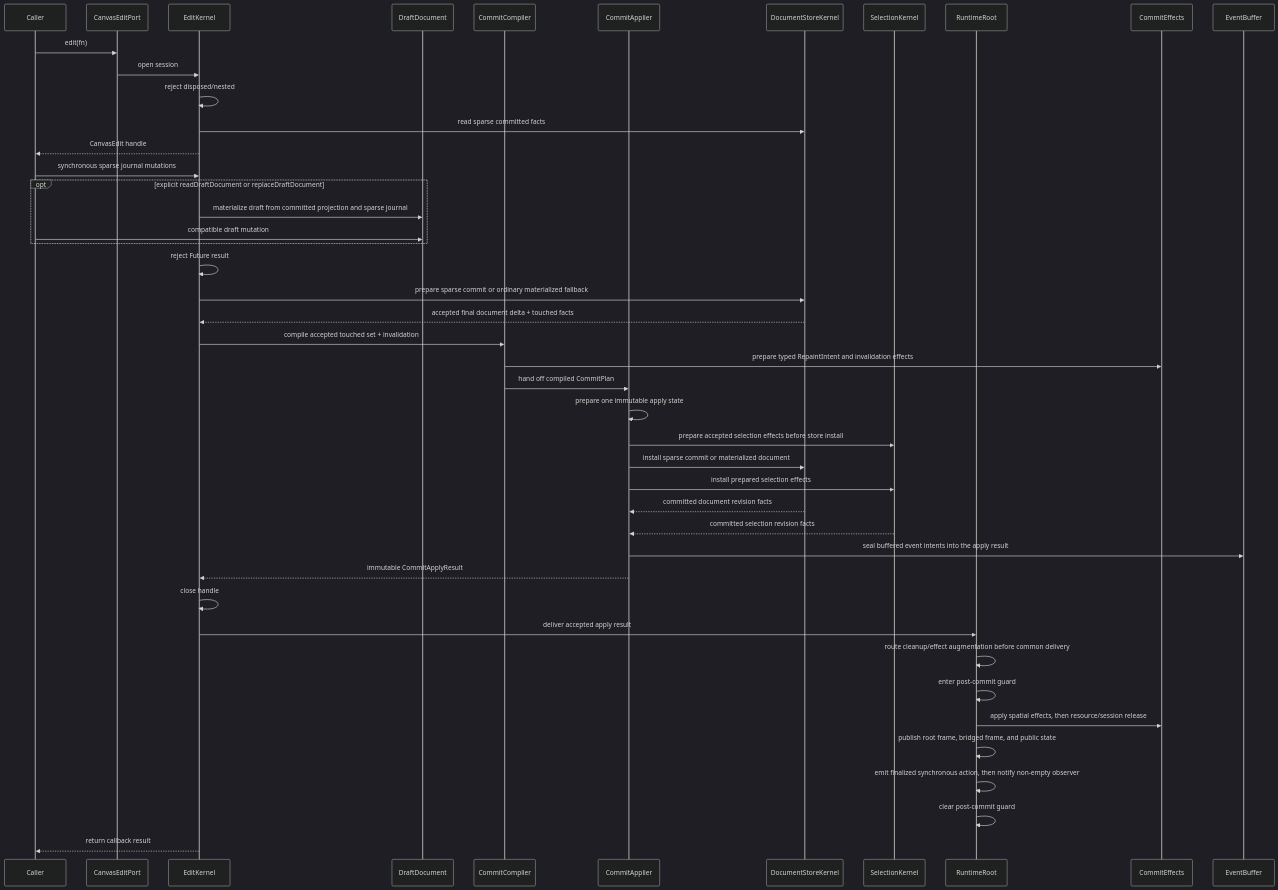
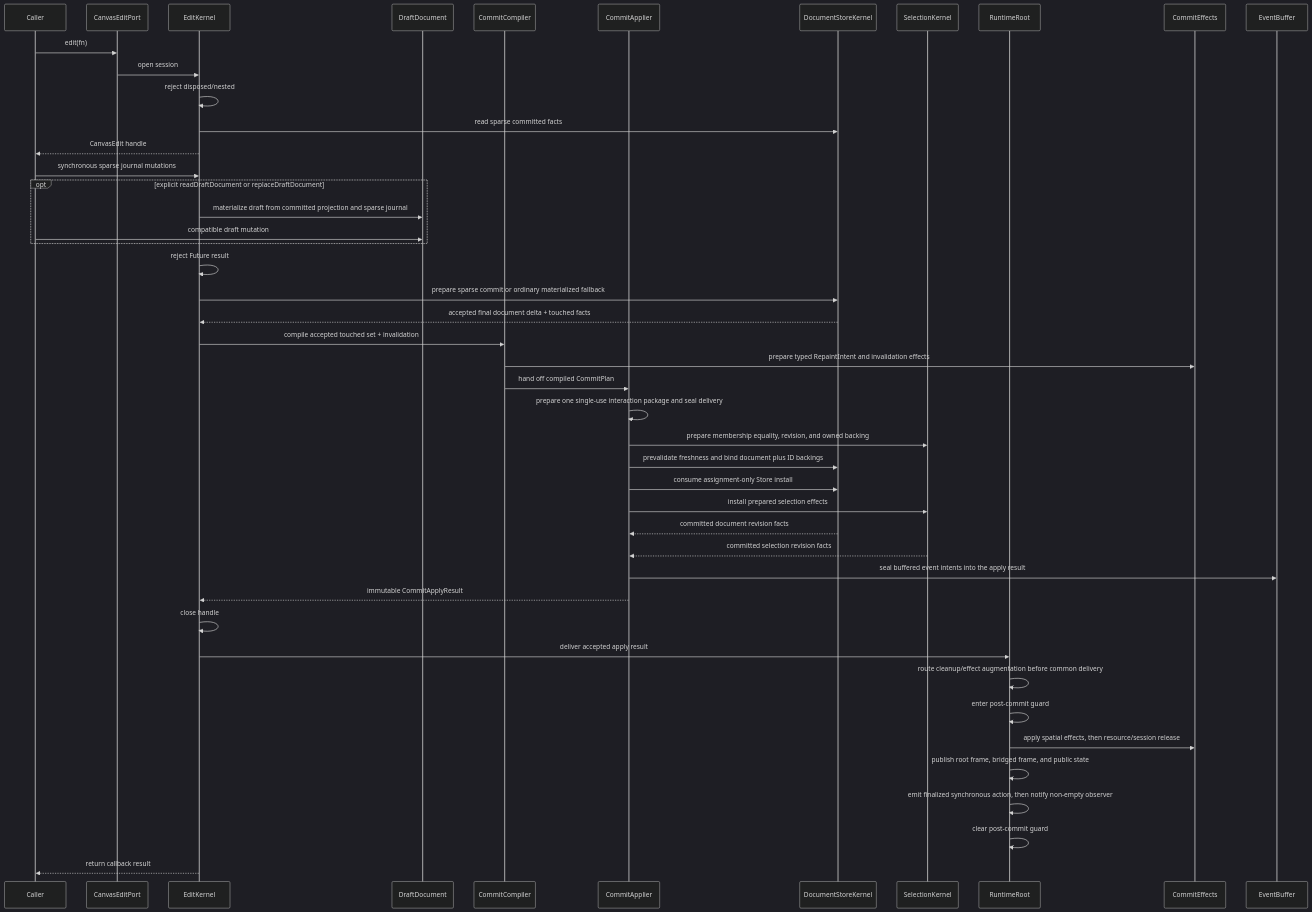
The first of 2 diagrams in docs/contracts/edit_kernel.md (GreatPika/iwb_canvas_engine), drawn with Mermaid (dark theme) before and after one commit. The commit also changed other lines of this file and 30 other files, not shown here.

````diff
--- a/docs/contracts/edit_kernel.md
+++ b/docs/contracts/edit_kernel.md
@@ -46,48 +46,49 @@
 ```mermaid
 sequenceDiagram
   participant Caller
   participant API as CanvasEditPort
   participant EK as EditKernel
   participant Draft as DraftDocument
   participant CC as CommitCompiler
   participant Applier as CommitApplier
   participant Store as DocumentStoreKernel
   participant Selection as SelectionKernel
   participant Runtime as RuntimeRoot
   participant Effects as CommitEffects
   participant Events as EventBuffer
 
   Caller->>API: edit(fn)
   API->>EK: open session
   EK->>EK: reject disposed/nested
   EK->>Store: read sparse committed facts
   EK-->>Caller: CanvasEdit handle
   Caller->>EK: synchronous sparse journal mutations
   opt explicit readDraftDocument or replaceDraftDocument
     EK->>Draft: materialize draft from committed projection and sparse journal
     Caller->>Draft: compatible draft mutation
   end
   EK->>EK: reject Future result
   EK->>Store: prepare sparse commit or ordinary materialized fallback
   Store-->>EK: accepted final document delta + touched facts
   EK->>CC: compile accepted touched set + invalidation
   CC->>Effects: prepare typed RepaintIntent and invalidation effects
   CC->>Applier: hand off compiled CommitPlan
-  Applier->>Applier: prepare one immutable apply state
-  Applier->>Selection: prepare accepted selection effects before store install
-  Applier->>Store: install sparse commit or materialized document
+  Applier->>Applier: prepare one single-use interaction package and seal delivery
+  Applier->>Selection: prepare membership equality, revision, and owned backing
+  Applier->>Store: prevalidate freshness and bind document plus ID backings
+  Applier->>Store: consume assignment-only Store install
   Applier->>Selection: install prepared selection effects
   Store-->>Applier: committed document revision facts
   Selection-->>Applier: committed selection revision facts
   Applier->>Events: seal buffered event intents into the apply result
   Applier-->>EK: immutable CommitApplyResult
   EK->>EK: close handle
   EK->>Runtime: deliver accepted apply result
   Runtime->>Runtime: route cleanup/effect augmentation before common delivery
   Runtime->>Runtime: enter post-commit guard
   Runtime->>Effects: apply spatial effects, then resource/session release
   Runtime->>Runtime: publish root frame, bridged frame, and public state
   Runtime->>Runtime: emit finalized synchronous action, then notify non-empty observer
   Runtime->>Runtime: clear post-commit guard
   EK-->>Caller: return callback result
 ```
````
